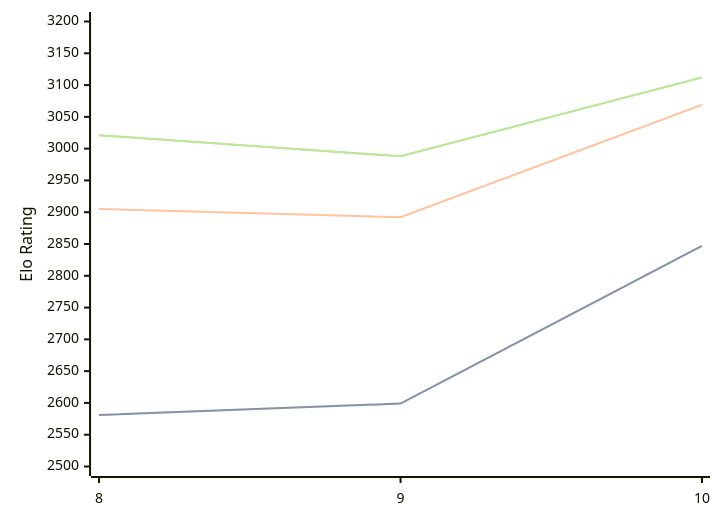
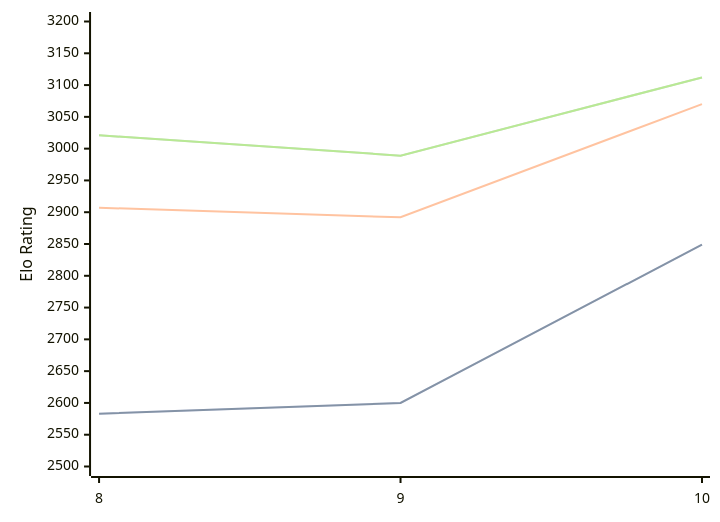
One commit to computer-chess-index/cci changed the diagram in engines/Lozza.md. Above: the diagram before and after it, drawn with Mermaid. The commit also changed other lines of this file, not shown here.

Commit message:
Update CCI Ratings (ELO VLTC) - 2026-07-24

````diff
--- a/engines/Lozza.md
+++ b/engines/Lozza.md
@@ -41,11 +41,11 @@
 ```mermaid
 %%{init: {"theme":"base","themeVariables":{"seriesColors:['#a3a3a3','#222221','#faa371']}}}%%
 xychart-beta
   x-axis ["8", "9", "10"]
   y-axis "Elo Rating" 2500 --> 3200
-  line "STC (8.0+0.08s)" [2581, 2599, 2847]
-  line "STC (8.0+0.08s)" [2581, 2599, 2847]
-  line "LTC (60.0+0.60s)" [2905, 2892, 3069]
-  line "VLTC (2m24s+1.12s)" [3021, 2988, 3112]
-  line "VLTC (2m24s+1.12s)" [3021, 2988, 3112]
+  line "STC (8.0+0.08s)" [2583, 2600, 2849]
+  line "STC (8.0+0.08s)" [2583, 2600, 2849]
+  line "LTC (60.0+0.60s)" [2907, 2892, 3070]
+  line "VLTC (2m24s+1.12s)" [3021, 2989, 3112]
+  line "VLTC (2m24s+1.12s)" [3021, 2989, 3112]
 ```
````
